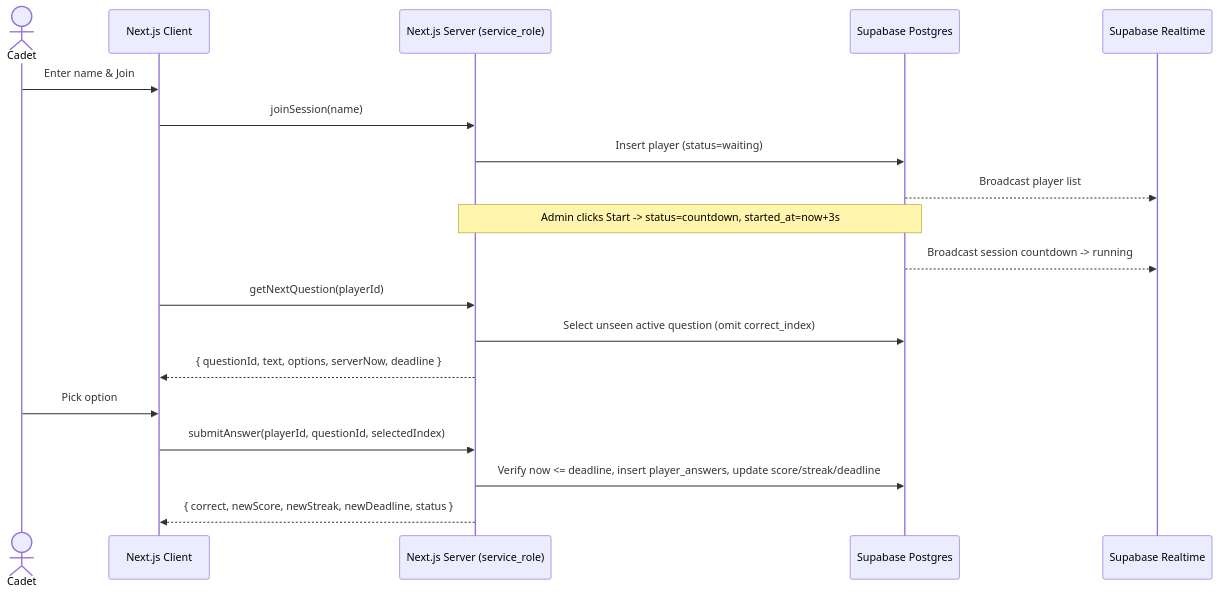
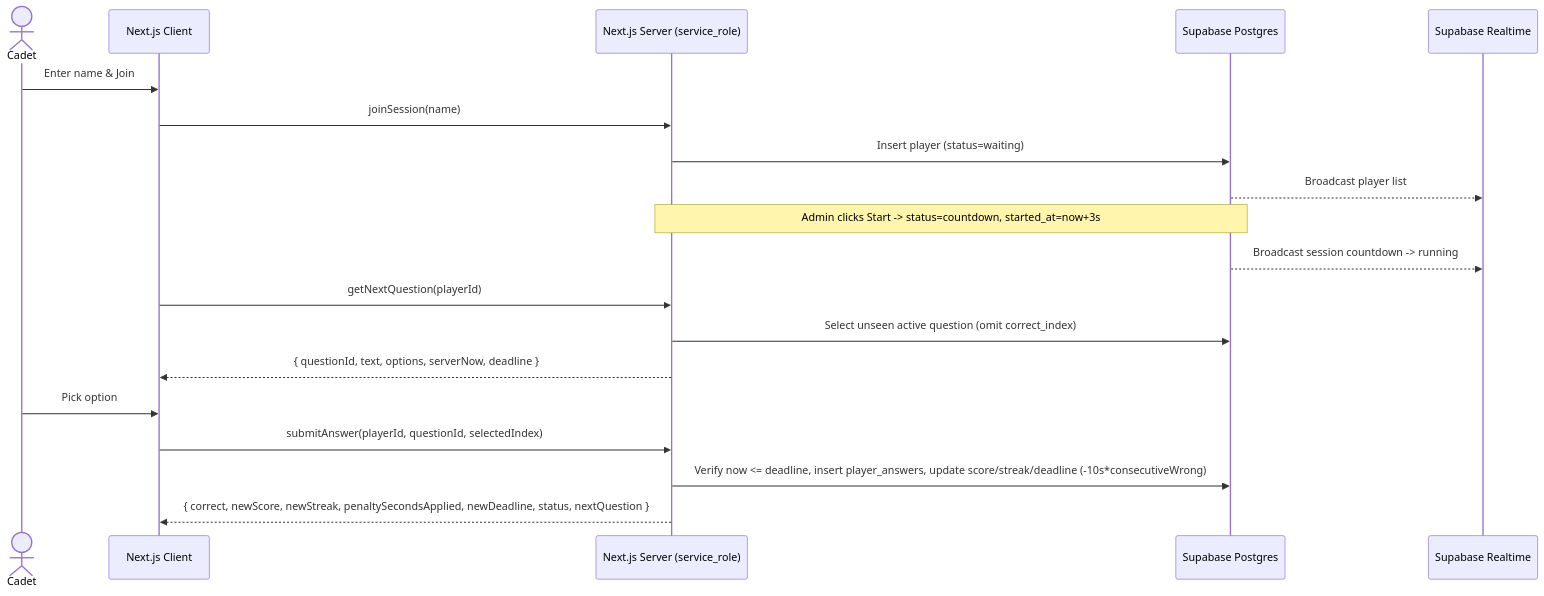
Before and after one commit to ejay-detera/answer-it-or-boom: the diagram in docs/sdd.md, drawn with Mermaid. The commit also changed 11 other files, not shown here.

````diff
--- a/docs/sdd.md
+++ b/docs/sdd.md
@@ -53,22 +53,22 @@
 ```mermaid
 sequenceDiagram
   actor C as Cadet
   participant UI as Next.js Client
   participant SA as Next.js Server (service_role)
   participant DB as Supabase Postgres
   participant RT as Supabase Realtime
 
   C->>UI: Enter name & Join
   UI->>SA: joinSession(name)
   SA->>DB: Insert player (status=waiting)
   DB-->>RT: Broadcast player list
   Note over SA,DB: Admin clicks Start -> status=countdown, started_at=now+3s
   DB-->>RT: Broadcast session countdown -> running
   UI->>SA: getNextQuestion(playerId)
   SA->>DB: Select unseen active question (omit correct_index)
   SA-->>UI: { questionId, text, options, serverNow, deadline }
   C->>UI: Pick option
   UI->>SA: submitAnswer(playerId, questionId, selectedIndex)
-  SA->>DB: Verify now <= deadline, insert player_answers, update score/streak/deadline
-  SA-->>UI: { correct, newScore, newStreak, newDeadline, status }
+  SA->>DB: Verify now <= deadline, insert player_answers, update score/streak/deadline (-10s*consecutiveWrong)
+  SA-->>UI: { correct, newScore, newStreak, penaltySecondsApplied, newDeadline, status, nextQuestion }
 ```
````
